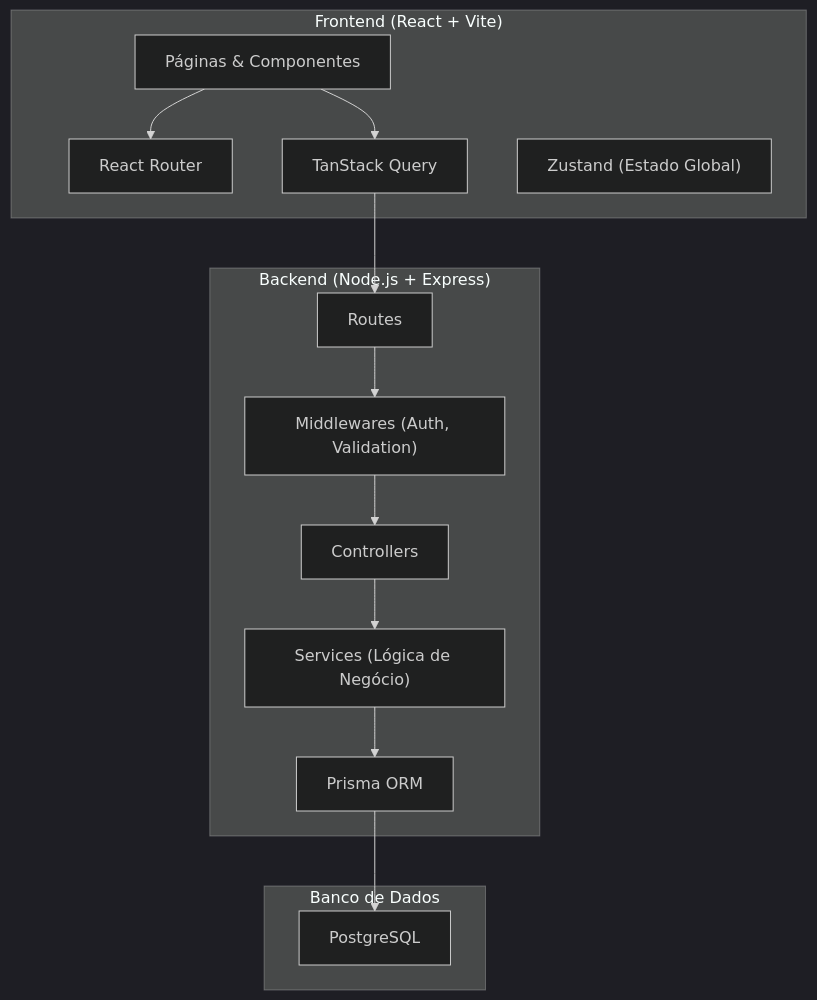
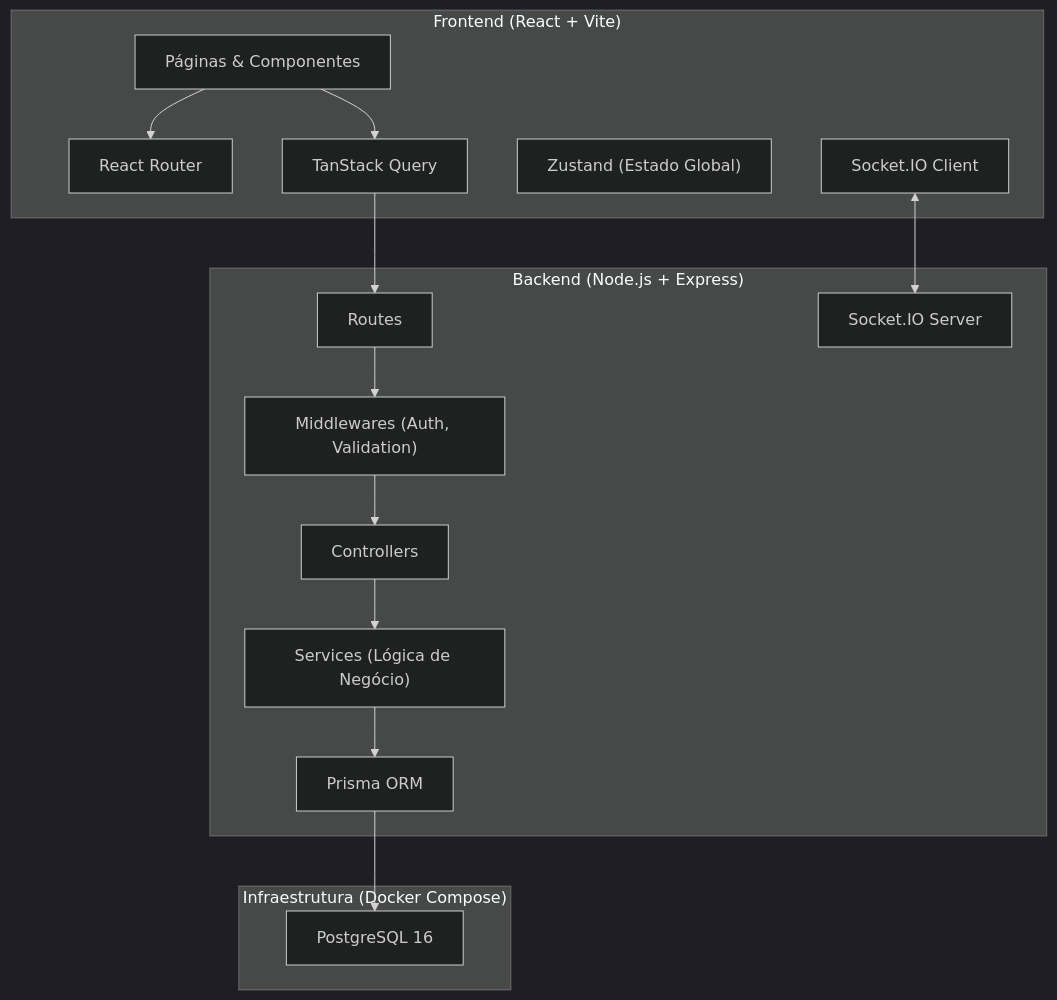
One commit to RafaelCorreaViana/TrabalhoPSCII changed the first of 2 diagrams in implementation_plan.md. Above: the diagram before and after it, drawn with Mermaid (dark theme). The commit also changed other lines of this file and 33 other files, not shown here.

````diff
--- a/implementation_plan.md
+++ b/implementation_plan.md
@@ -31,26 +27,29 @@
 ```mermaid
 graph TB
     subgraph Cliente ["Frontend (React + Vite)"]
         A["Páginas & Componentes"]
         B["React Router"]
         C["TanStack Query"]
         D["Zustand (Estado Global)"]
+        W["Socket.IO Client"]
     end
 
     subgraph Servidor ["Backend (Node.js + Express)"]
         E["Routes"]
         F["Controllers"]
         G["Services (Lógica de Negócio)"]
         H["Middlewares (Auth, Validation)"]
         I["Prisma ORM"]
+        S["Socket.IO Server"]
     end
 
-    subgraph BD ["Banco de Dados"]
-        J["PostgreSQL"]
+    subgraph Infra ["Infraestrutura (Docker Compose)"]
+        J["PostgreSQL 16"]
     end
 
     A --> B
     A --> C
+    W <--> S
     C --> E
     E --> H --> F --> G --> I --> J
 ```
````
